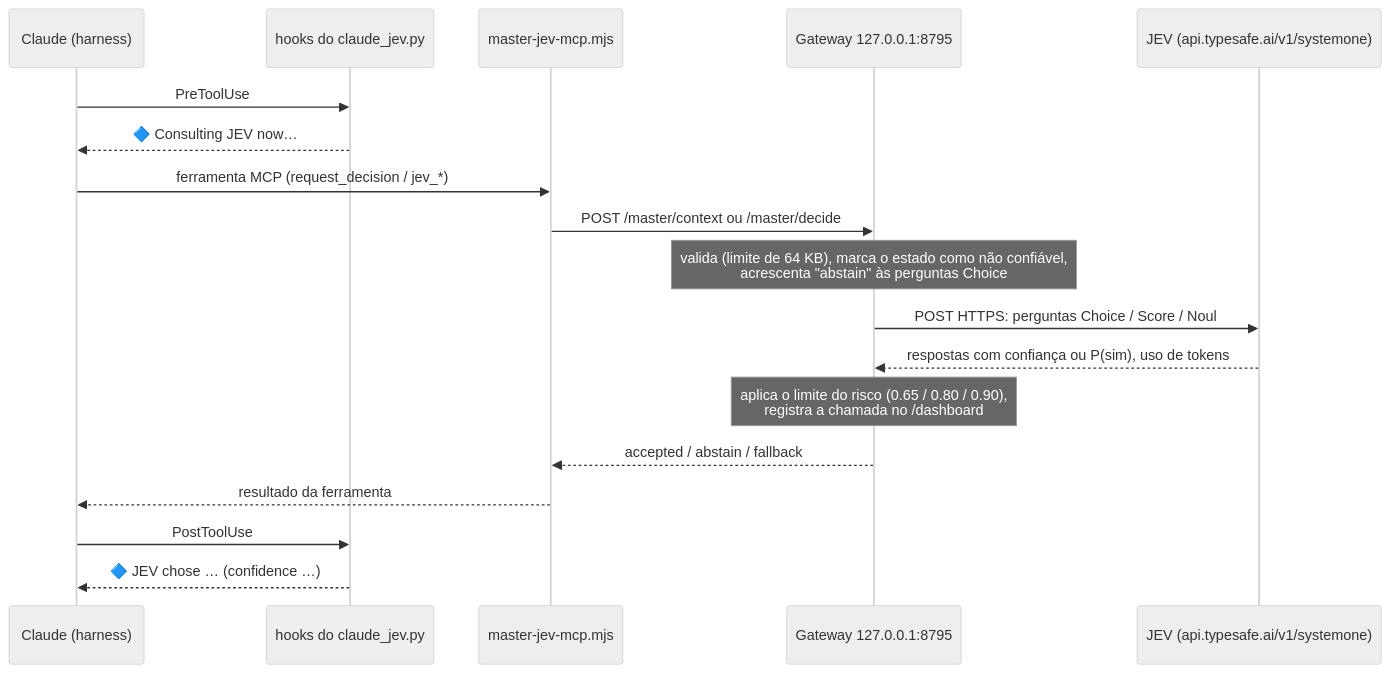
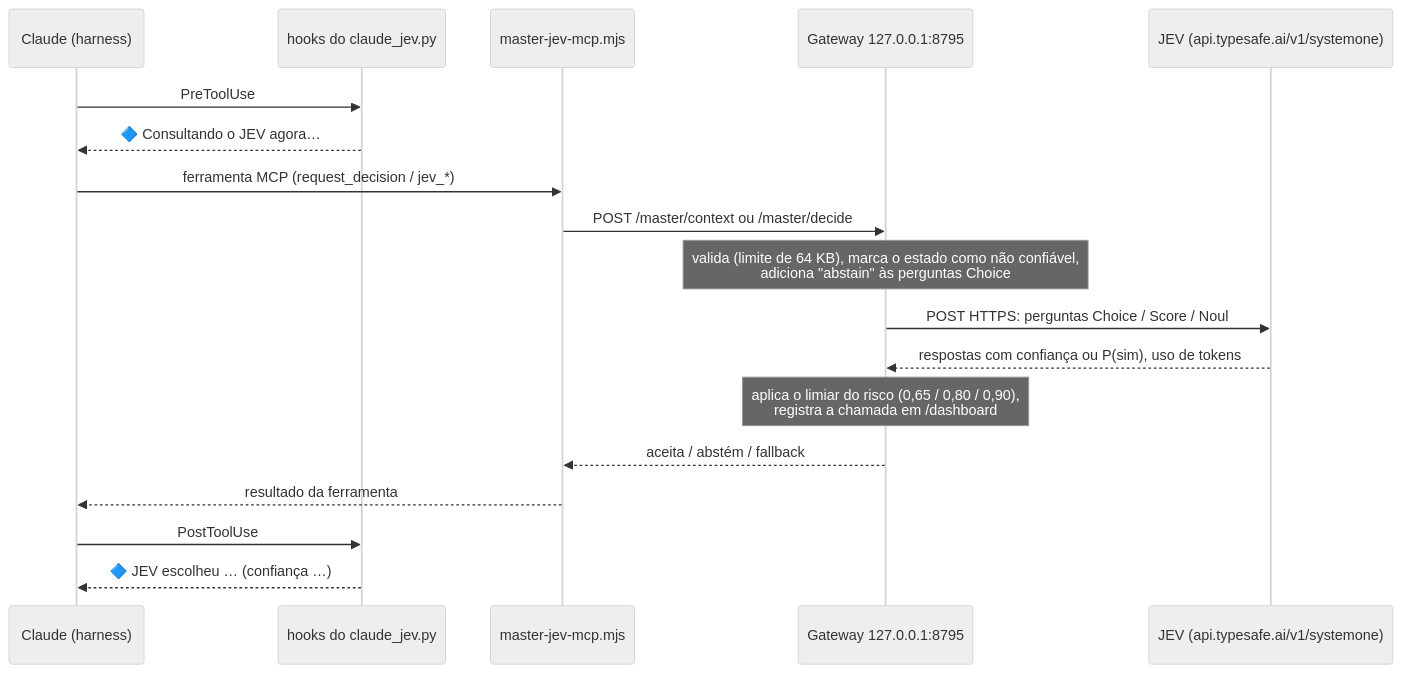
The second of 3 diagrams in README.pt-BR.md (KeepGlide/master-jev-hook), drawn with Mermaid (neutral theme) before and after one commit. The commit also changed other lines of this file and 6 other files, not shown here.

````diff
--- a/README.pt-BR.md
+++ b/README.pt-BR.md
@@ -94,20 +124,20 @@
 ```mermaid
 sequenceDiagram
     participant C as Claude (harness)
     participant H as hooks do claude_jev.py
     participant M as master-jev-mcp.mjs
     participant G as Gateway 127.0.0.1:8795
     participant J as JEV (api.typesafe.ai/v1/systemone)
     C->>H: PreToolUse
-    H-->>C: 🔷 Consulting JEV now…
+    H-->>C: 🔷 Consultando o JEV agora…
     C->>M: ferramenta MCP (request_decision / jev_*)
     M->>G: POST /master/context ou /master/decide
-    Note over G: valida (limite de 64 KB), marca o estado como não confiável,<br/>acrescenta "abstain" às perguntas Choice
+    Note over G: valida (limite de 64 KB), marca o estado como não confiável,<br/>adiciona "abstain" às perguntas Choice
     G->>J: POST HTTPS: perguntas Choice / Score / Noul
     J-->>G: respostas com confiança ou P(sim), uso de tokens
-    Note over G: aplica o limite do risco (0.65 / 0.80 / 0.90),<br/>registra a chamada no /dashboard
-    G-->>M: accepted / abstain / fallback
+    Note over G: aplica o limiar do risco (0,65 / 0,80 / 0,90),<br/>registra a chamada em /dashboard
+    G-->>M: aceita / abstém / fallback
     M-->>C: resultado da ferramenta
     C->>H: PostToolUse
-    H-->>C: 🔷 JEV chose … (confidence …)
+    H-->>C: 🔷 JEV escolheu … (confiança …)
 ```
````
